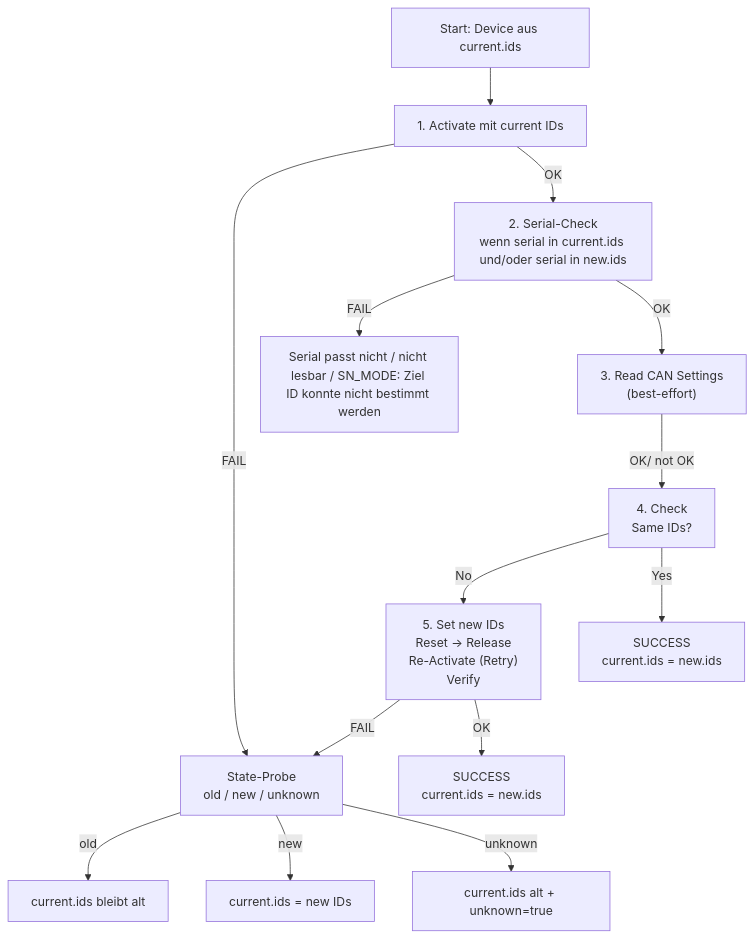
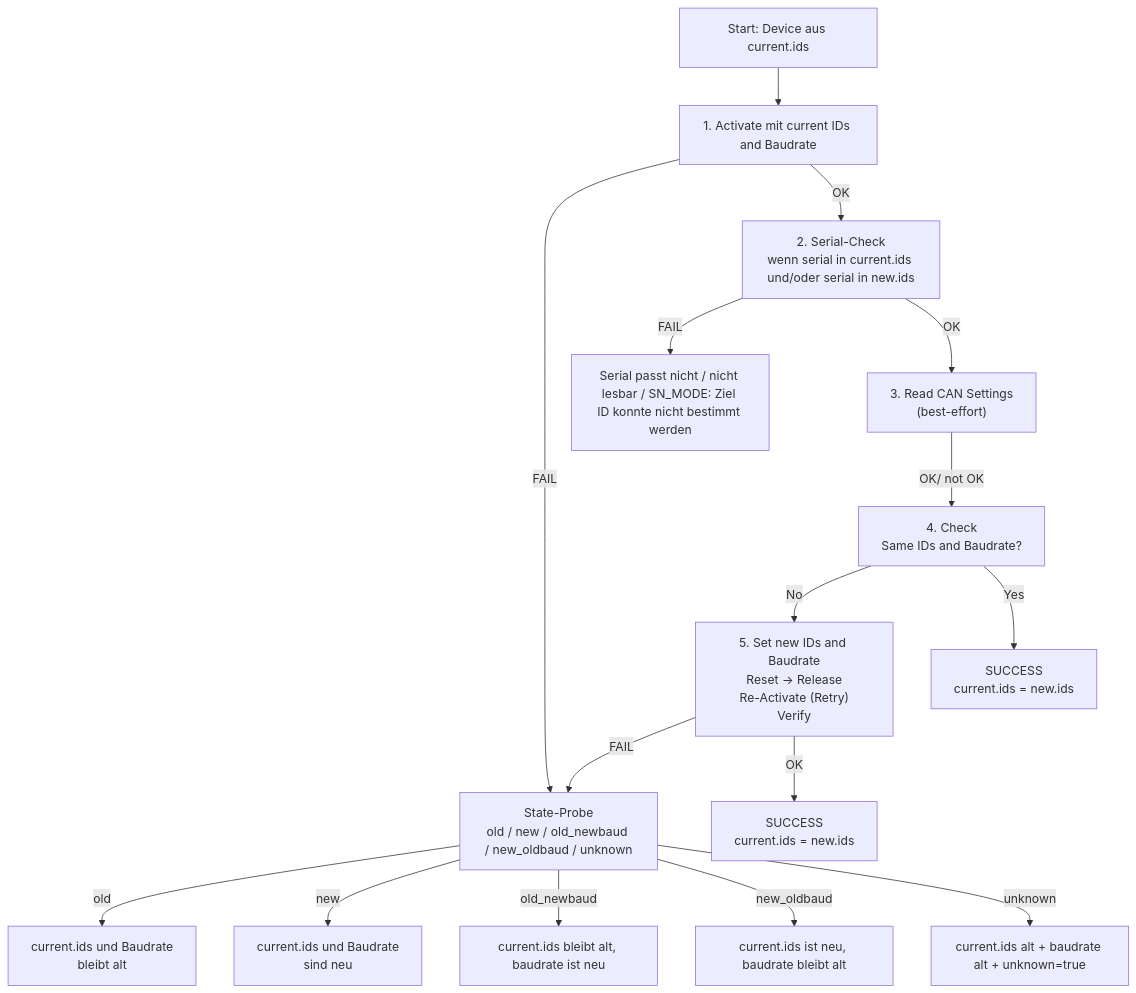
Before and after one commit to me-systeme/StartupCAN: the first of 35 diagrams in README.md, drawn with Mermaid. The commit also changed other lines of this file and 2 other files, not shown here.

Commit message:
probe mixed states

````diff
--- a/README.md
+++ b/README.md
@@ -12,23 +12,25 @@
 ```mermaid
 flowchart TD
-  A["Start: Device aus current.ids"] --> B["1. Activate mit current IDs"]
+  A["Start: Device aus current.ids"] --> B["1. Activate mit current IDs and Baudrate"]
 
   B -->|FAIL| P
   B -->|OK| C["2. Serial-Check<br/>wenn serial in current.ids und/oder serial in new.ids"]
 
   C -->|FAIL| F2["Serial passt nicht / nicht lesbar / SN_MODE: Ziel ID konnte nicht bestimmt werden"]
   C -->|OK| D["3. Read CAN Settings<br/>(best-effort)"]
 
-  D -->|OK/ not OK| E["4. Check <br/>Same IDs?"]
+  D -->|OK/ not OK| E["4. Check <br/>Same IDs and Baudrate?"]
   
-  E -->|No| F["5. Set new IDs<br/>Reset → Release<br/>Re-Activate (Retry)<br/>Verify"]
+  E -->|No| F["5. Set new IDs and Baudrate<br/>Reset → Release<br/>Re-Activate (Retry)<br/>Verify"]
   E -->|Yes| F3["SUCCESS<br/>current.ids = new.ids"]
   
-  F -->|FAIL| P["State-Probe<br/>old / new / unknown"]
+  F -->|FAIL| P["State-Probe<br/>old / new / old_newbaud / new_oldbaud / unknown"]
   F -->|OK| S["SUCCESS<br/>current.ids = new.ids"]
 
-  P -->|old| O["current.ids bleibt alt"]
-  P -->|new| N["current.ids = new IDs"]
-  P -->|unknown| U["current.ids alt + unknown=true"]
+  P -->|old| O["current.ids und Baudrate <br/> bleibt alt"]
+  P -->|new| N["current.ids und Baudrate <br/> sind neu"]
+  P -->|old_newbaud| O2["current.ids bleibt alt, baudrate ist neu"]
+  P -->|new_oldbaud| N2["current.ids ist neu, baudrate bleibt alt"]
+  P -->|unknown| U["current.ids alt + baudrate alt + unknown=true"]
 
 ``` 
````
